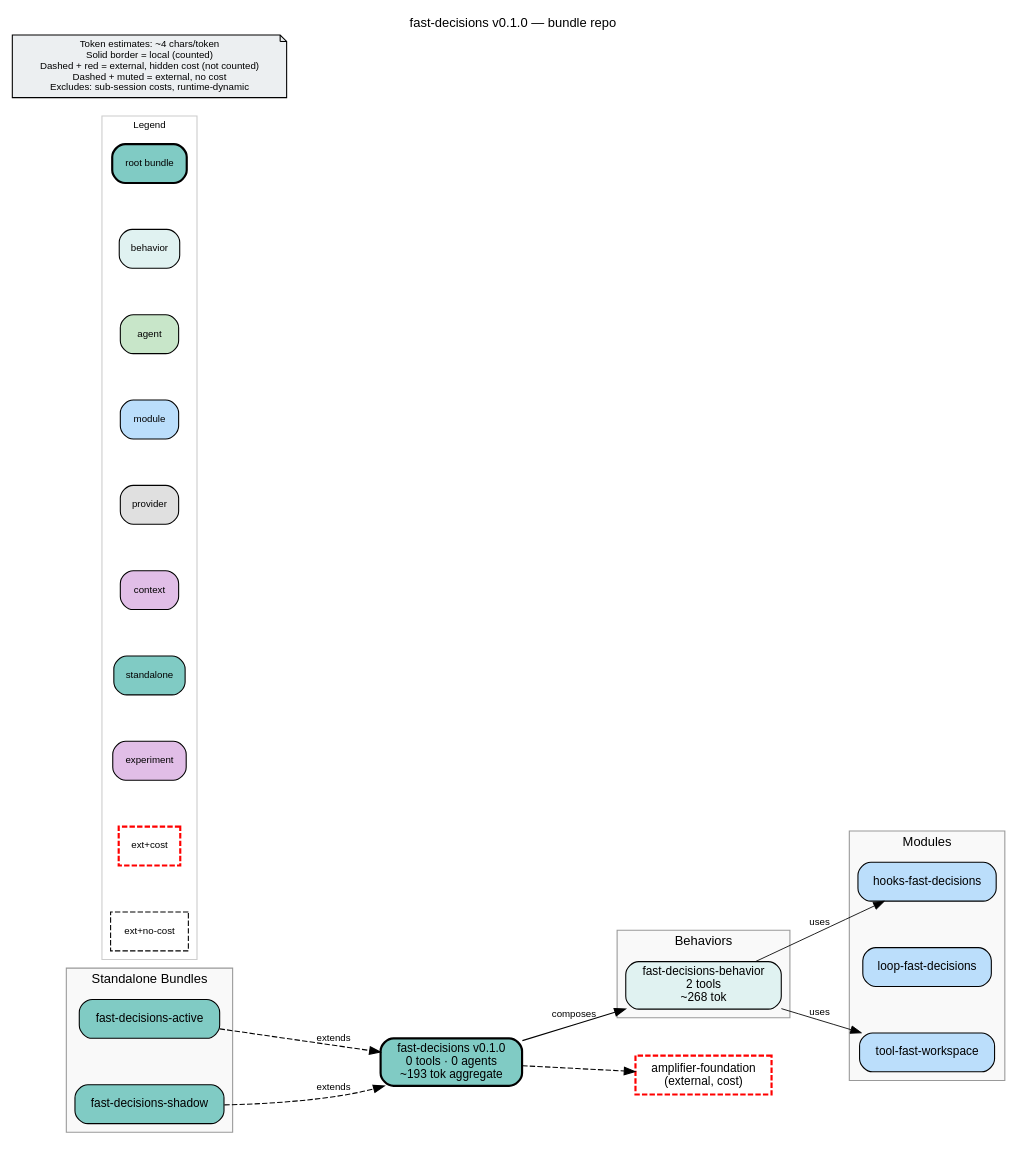
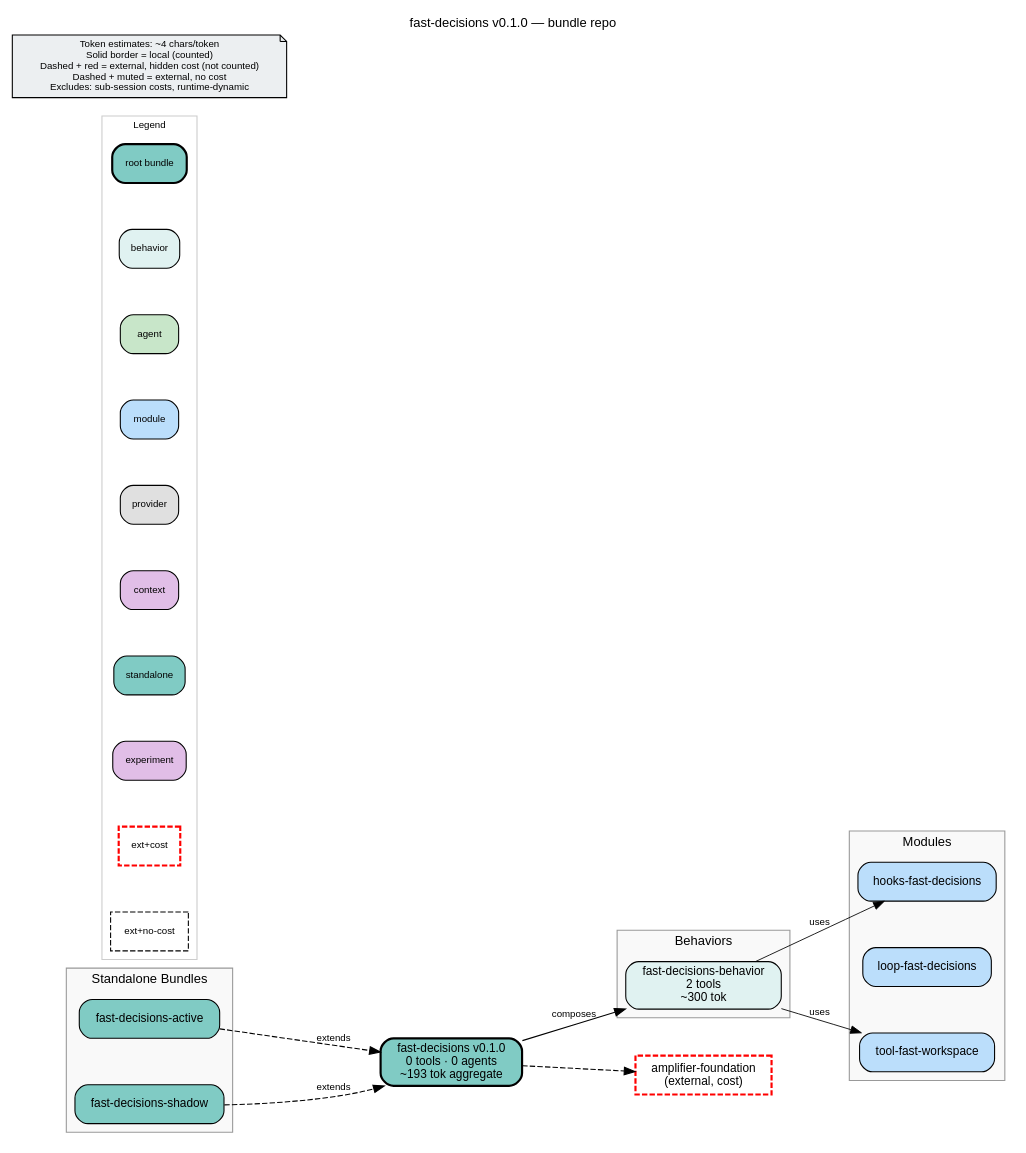
One commit to michaeljabbour/amplifier-bundle-fast-decisions changed the diagram in bundle.dot. Above: the diagram before and after it, drawn with Graphviz. The commit also changed 1 other file, not shown here.

Commit message:
docs: regenerate bundle diagram after the redesign PRs
validate-bundle-repo v3.15.0: 4/4 bundles good, 0 errors, 0 warnings.

Generated with Amplifier

```diff
--- a/bundle.dot
+++ b/bundle.dot
@@ -1,77 +1,77 @@
 digraph fast_decisions {
     rankdir=LR
     fontname="Helvetica"
     fontsize=12
     label="fast-decisions v0.1.0 — bundle repo"
     labelloc=t
     labeljust=c
     nodesep=0.6
     ranksep=0.7
     bgcolor="white"
-    source_hash="48899fb870bc077362bb3b95b66a69ffca12e01e5e815d5638b795ba01025da3"
+    source_hash="ab5d613a790c623edcdade079b4133c242643d17d6da3925cf1b7182e813fa53"
 
     node [fontname="Helvetica", fontsize=11, style="filled,rounded"]
     edge [fontname="Helvetica", fontsize=9]
 
     root_fast_decisions [label="fast-decisions v0.1.0\n0 tools · 0 agents\n~193 tok aggregate", shape=box, fillcolor="#80cbc4", style="filled,rounded,bold", penwidth=2]
 
     subgraph cluster_behaviors {
         label="Behaviors"
         style="filled"
         fillcolor="#f9f9f9"
         color="#999999"
 
-        beh_fast_decisions_behavior [label="fast-decisions-behavior\n2 tools\n~268 tok", shape=box, fillcolor="#e0f2f1", style="filled,rounded"]
+        beh_fast_decisions_behavior [label="fast-decisions-behavior\n2 tools\n~300 tok", shape=box, fillcolor="#e0f2f1", style="filled,rounded"]
     }
 
     subgraph cluster_standalones {
         label="Standalone Bundles"
         style="filled"
         fillcolor="#f9f9f9"
         color="#999999"
 
         sta_fast_decisions_active [label="fast-decisions-active", shape=box, fillcolor="#80cbc4", style="filled,rounded"]
         sta_fast_decisions_shadow [label="fast-decisions-shadow", shape=box, fillcolor="#80cbc4", style="filled,rounded"]
     }
 
     subgraph cluster_modules {
         label="Modules"
         style="filled"
         fillcolor="#f9f9f9"
         color="#999999"
 
         mod_hooks_fast_decisions [label="hooks-fast-decisions", shape=box, fillcolor="#bbdefb", style="filled,rounded"]
         mod_loop_fast_decisions [label="loop-fast-decisions", shape=box, fillcolor="#bbdefb", style="filled,rounded"]
         mod_tool_fast_workspace [label="tool-fast-workspace", shape=box, fillcolor="#bbdefb", style="filled,rounded"]
     }
 
     subgraph cluster_legend {
         label="Legend"
         style="filled"
         fillcolor="white"
         color="#cccccc"
         fontsize=9
 
         leg_root [label="root bundle", shape=box, fillcolor="#80cbc4", style="filled,rounded,bold", fontsize=9]
         leg_behavior [label="behavior", shape=box, fillcolor="#e0f2f1", style="filled,rounded", fontsize=9]
         leg_agent [label="agent", shape=box, fillcolor="#c8e6c9", style="filled,rounded", fontsize=9]
         leg_module [label="module", shape=box, fillcolor="#bbdefb", style="filled,rounded", fontsize=9]
         leg_provider [label="provider", shape=box, fillcolor="#e0e0e0", style="filled,rounded", fontsize=9]
         leg_context [label="context", shape=box, fillcolor="#e1bee7", style="filled,rounded", fontsize=9]
         leg_standalone [label="standalone", shape=box, fillcolor="#80cbc4", style="filled,rounded", fontsize=9]
         leg_experiment [label="experiment", shape=box, fillcolor="#e1bee7", style="filled,rounded", fontsize=9]
         leg_ext_cost [label="ext+cost", shape=box, fillcolor="#80cbc4", style="dashed", color="red", penwidth=2, fontsize=9]
         leg_ext_muted [label="ext+no-cost", shape=box, fillcolor="#f5f5f5", style="dashed", fontsize=9]
     }
 
     disclaimer [label="Token estimates: ~4 chars/token\nSolid border = local (counted)\nDashed + red = external, hidden cost (not counted)\nDashed + muted = external, no cost\nExcludes: sub-session costs, runtime-dynamic", shape=note, fillcolor="#eceff1", style="filled", fontsize=9]
 
     ext_githttps___github_com_microsoft_amplifier_foundation_main [label="amplifier-foundation\n(external, cost)", shape=box, fillcolor="#80cbc4", style="dashed", color="red", penwidth=2]
 
     root_fast_decisions -> ext_githttps___github_com_microsoft_amplifier_foundation_main [style=dashed]
     root_fast_decisions -> beh_fast_decisions_behavior [label="composes"]
     beh_fast_decisions_behavior -> mod_tool_fast_workspace [label="uses", penwidth=0.8]
     beh_fast_decisions_behavior -> mod_hooks_fast_decisions [label="uses", penwidth=0.8]
     sta_fast_decisions_active -> root_fast_decisions [label="extends", style=dashed]
     sta_fast_decisions_shadow -> root_fast_decisions [label="extends", style=dashed]
 }
```
